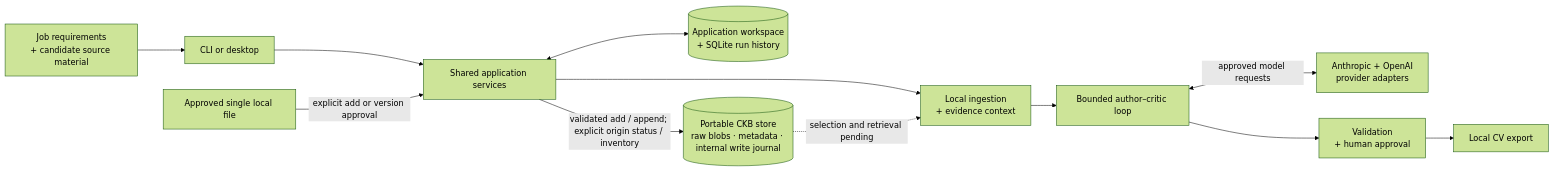
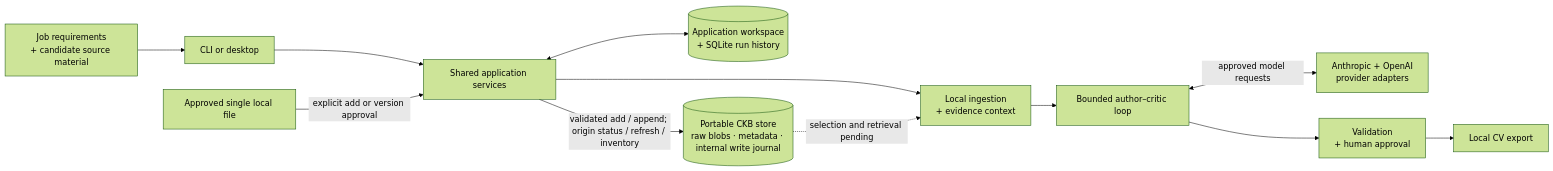
One commit to akoita/draft-loop changed the diagram in README.md. Above: the diagram before and after it, drawn with Mermaid (forest theme). The commit also changed other lines of this file and 7 other files, not shown here.

````diff
--- a/README.md
+++ b/README.md
@@ -132,23 +136,23 @@
 ```mermaid
 flowchart LR
     Inputs["Job requirements<br/>+ candidate source material"]
     Adapters["CLI or desktop"]
     Application["Shared application services"]
     Context["Local ingestion<br/>+ evidence context"]
     Loop["Bounded author–critic loop"]
     Models["Anthropic + OpenAI<br/>provider adapters"]
     Review["Validation<br/>+ human approval"]
     Export["Local CV export"]
     WorkspaceStore[("Application workspace<br/>+ SQLite run history")]
     ApprovedFile["Approved single local file"]
     CKBStore[("Portable CKB store<br/>raw blobs · metadata · internal write journal")]
 
     Inputs --> Adapters --> Application
     Application --> Context --> Loop
     Loop <-->|"approved model requests"| Models
     Loop --> Review --> Export
     Application <--> WorkspaceStore
     ApprovedFile -->|"explicit add or version approval"| Application
-    Application -->|"validated add / append; explicit origin status / inventory"| CKBStore
+    Application -->|"validated add / append; origin status / refresh / inventory"| CKBStore
     CKBStore -.->|"selection and retrieval pending"| Context
 ```
````
